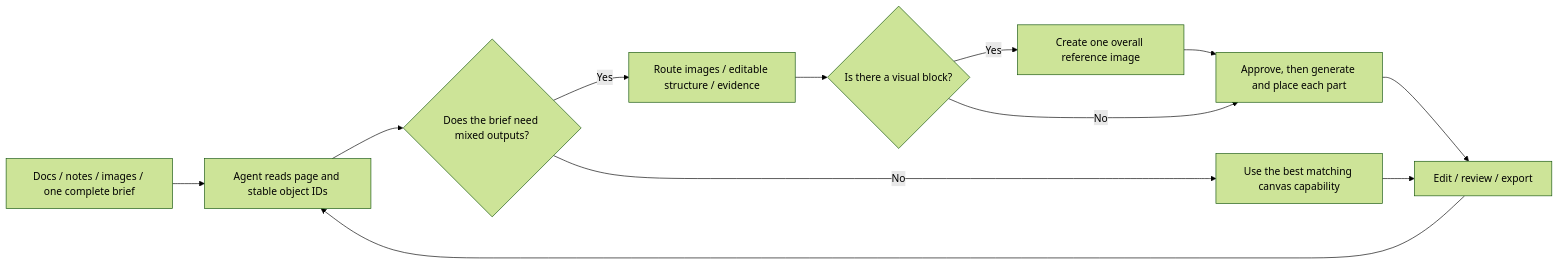
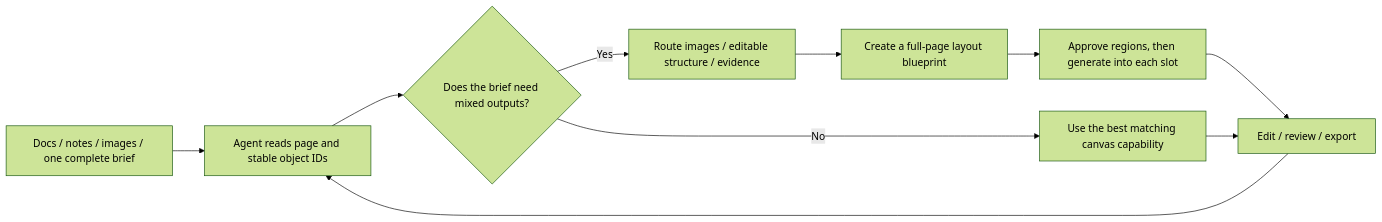
Before and after one commit to suud003/Cowart: the first of 2 diagrams in README.en.md, drawn with Mermaid (forest theme). The commit also changed other lines of this file and 19 other files, not shown here.

Commit message:
fix(agent): use page layout blueprints for auto compose

````diff
--- a/README.en.md
+++ b/README.en.md
@@ -42,14 +42,12 @@
 ```mermaid
 flowchart LR
   A["Docs / notes / images / one complete brief"] --> B["Agent reads page and stable object IDs"]
   B --> C{"Does the brief need mixed outputs?"}
   C -->|Yes| D["Route images / editable structure / evidence"]
-  D --> E{"Is there a visual block?"}
-  E -->|Yes| F["Create one overall reference image"]
-  F --> I["Approve, then generate and place each part"]
-  E -->|No| I
+  D --> F["Create a full-page layout blueprint"]
+  F --> I["Approve regions, then generate into each slot"]
   C -->|No| G["Use the best matching canvas capability"]
   I --> H["Edit / review / export"]
   G --> H
   H --> B
 ```
````
